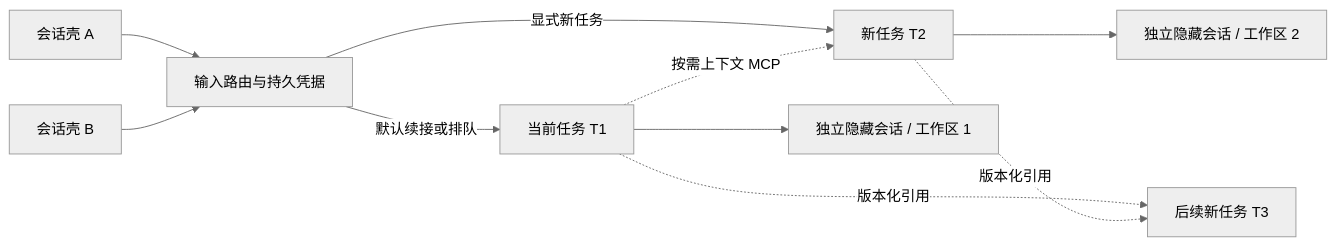
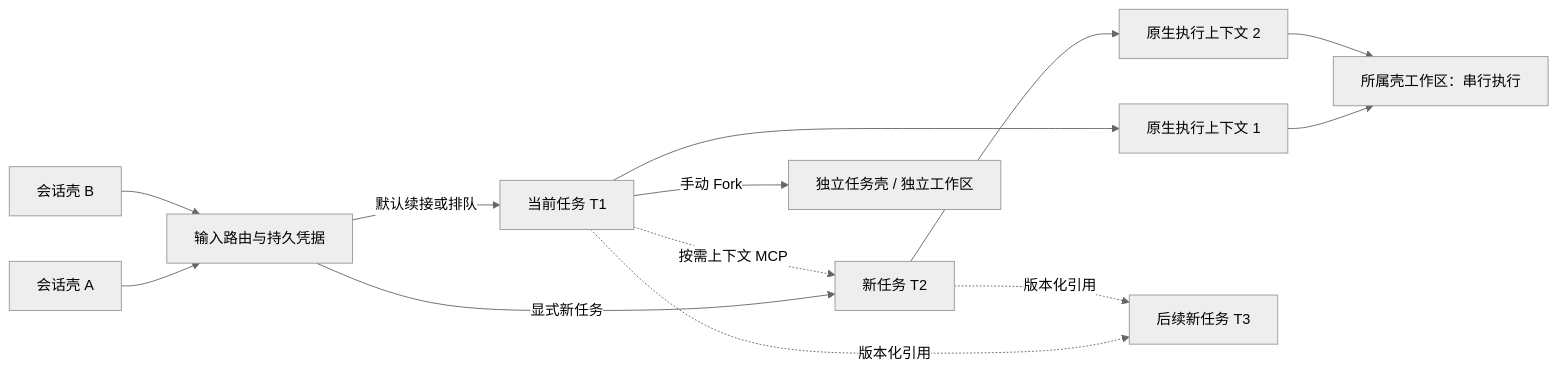
Before and after one commit to lsjwzh/MultiCC: the diagram in docs/task-session-shell-experiment.md, drawn with Mermaid (neutral theme). The commit also changed other lines of this file and 33 other files, not shown here.

````diff
--- a/docs/task-session-shell-experiment.md
+++ b/docs/task-session-shell-experiment.md
@@ -38,12 +39,15 @@
 ```mermaid
 flowchart LR
   A[会话壳 A] --> R[输入路由与持久凭据]
   B[会话壳 B] --> R
   R -->|默认续接或排队| T1[当前任务 T1]
   R -->|显式新任务| T2[新任务 T2]
   T1 -.按需上下文 MCP.-> T2
-  T1 --> E1[独立隐藏会话 / 工作区 1]
-  T2 --> E2[独立隐藏会话 / 工作区 2]
+  T1 --> E1[原生执行上下文 1]
+  T2 --> E2[原生执行上下文 2]
+  E1 --> W[所属壳工作区：串行执行]
+  E2 --> W
+  T1 -->|手动 Fork| F[独立任务壳 / 独立工作区]
   T1 -.版本化引用.-> T3[后续新任务 T3]
   T2 -.版本化引用.-> T3
 ```
````
